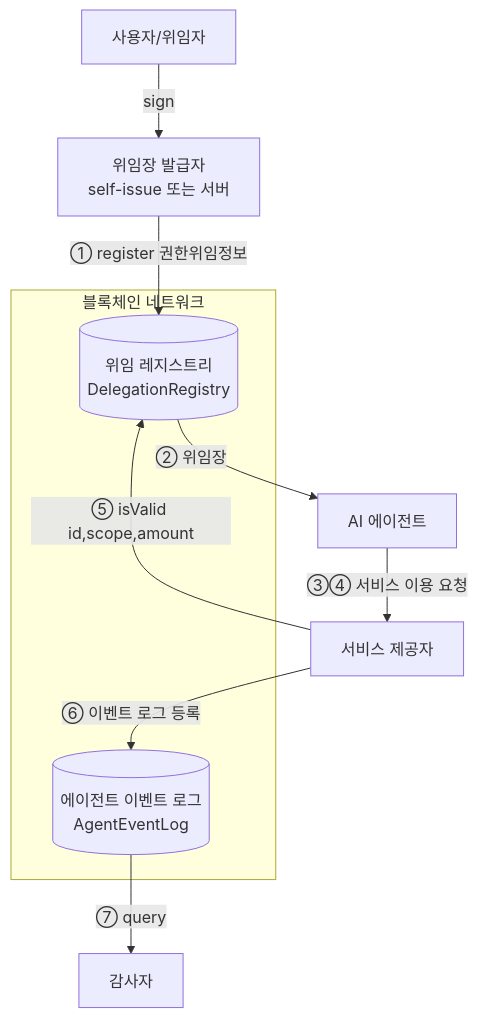
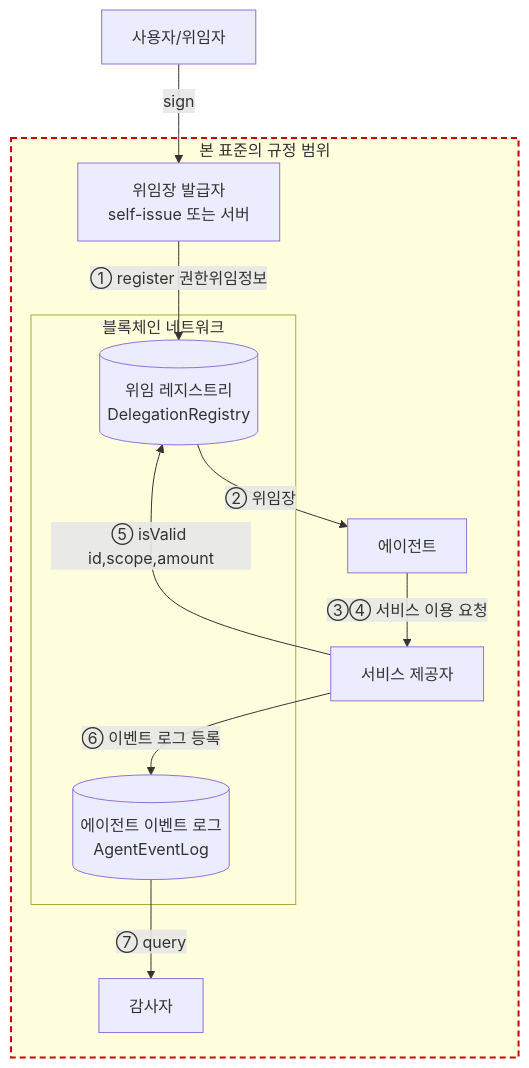
The diagram in docs/tta-standard/figures/fig1-architecture.mmd (jsong1230/meta-agents), drawn with Mermaid before and after one commit. The commit also changed 13 other files, not shown here.

```diff
--- a/docs/tta-standard/figures/fig1-architecture.mmd
+++ b/docs/tta-standard/figures/fig1-architecture.mmd
@@ -1,12 +1,20 @@
 flowchart TD
-    U[사용자/위임자] -->|sign| ISS[위임장 발급자<br/>self-issue 또는 서버]
-    ISS -->|① register 권한위임정보| REG[(위임 레지스트리<br/>DelegationRegistry)]
-    REG -->|② 위임장| AG[AI 에이전트]
-    AG -->|③④ 서비스 이용 요청| SP[서비스 제공자]
+    U[사용자/위임자]
+    subgraph STD[본 표준의 규정 범위]
+        ISS[위임장 발급자<br/>self-issue 또는 서버]
+        AG[에이전트]
+        SP[서비스 제공자]
+        AUD[감사자]
+        subgraph BC[블록체인 네트워크]
+            REG[(위임 레지스트리<br/>DelegationRegistry)]
+            LOG[(에이전트 이벤트 로그<br/>AgentEventLog)]
+        end
+    end
+    U -->|sign| ISS
+    ISS -->|① register 권한위임정보| REG
+    REG -->|② 위임장| AG
+    AG -->|③④ 서비스 이용 요청| SP
     SP -->|⑤ isValid id,scope,amount| REG
-    SP -->|⑥ 이벤트 로그 등록| LOG[(에이전트 이벤트 로그<br/>AgentEventLog)]
-    LOG -->|⑦ query| AUD[감사자]
-    subgraph BC[블록체인 네트워크]
-        REG
-        LOG
-    end
+    SP -->|⑥ 이벤트 로그 등록| LOG
+    LOG -->|⑦ query| AUD
+    style STD stroke:#c00,stroke-width:2px,stroke-dasharray:6 4
```
